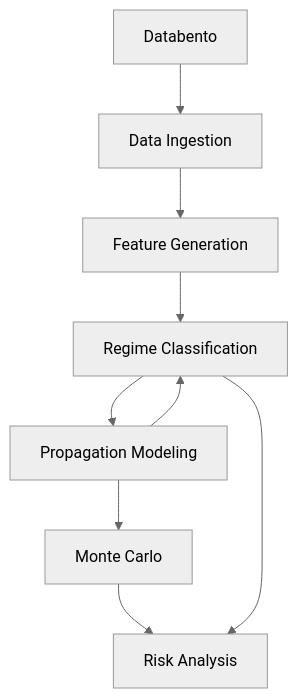
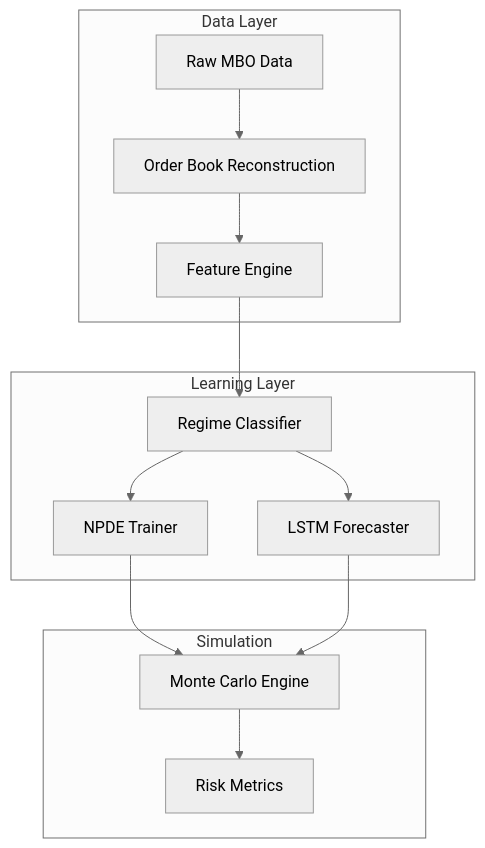
The second of 2 diagrams in README.md (JackDamato/micro-regime-propogation), drawn with Mermaid (neutral theme) before and after one commit. The commit also changed other lines of this file, not shown here.

````diff
--- a/README.md
+++ b/README.md
@@ -214,11 +81,19 @@
 ```mermaid
-graph TD
-    DBN[Databento] --> A[Data Ingestion]
-    A --> B[Feature Generation]
-    B --> C[Regime Classification]
-    C --> D[Propagation Modeling]
-    D --> E[Monte Carlo]
-    E --> F[Risk Analysis]
-    C --> F
-    D --> C
+flowchart TB
+    subgraph Data Layer
+        A[Raw MBO Data] --> B[Order Book Reconstruction]
+        B --> C[Feature Engine]
+    end
+
+    subgraph Learning Layer
+        C --> D[Regime Classifier]
+        D --> E[NPDE Trainer]
+        D --> F[LSTM Forecaster]
+    end
+
+    subgraph Simulation
+        E --> G[Monte Carlo Engine]
+        F --> G
+        G --> H[Risk Metrics]
+    end
 ```
````
